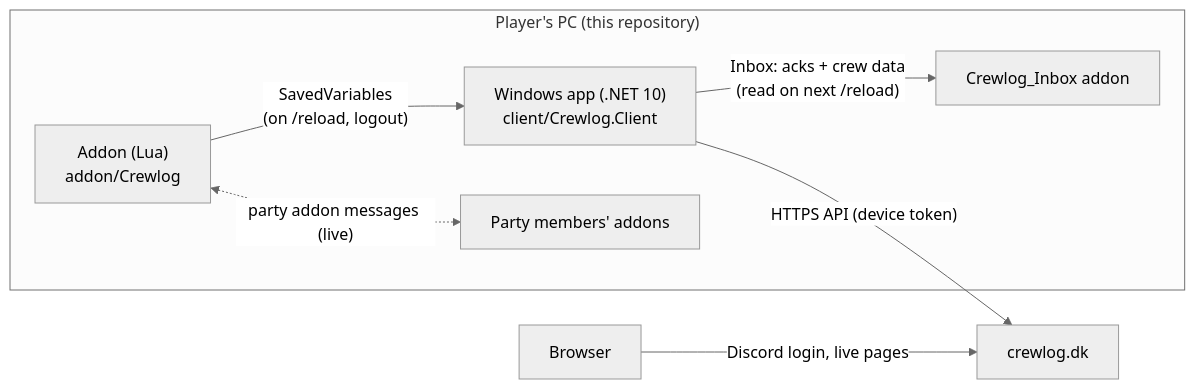
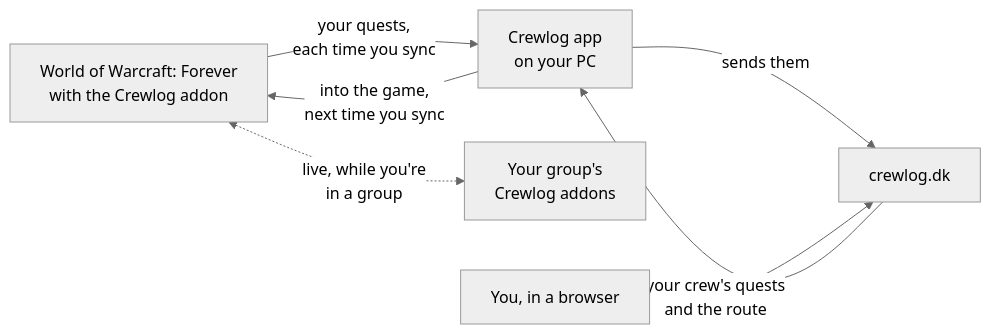
The diagram in README.md (niogtres/wow_crewlog), drawn with Mermaid (neutral theme) before and after one commit.

Commit message:
README: a plain diagram of how your quests travel between the game, the app and the website

````diff
--- a/README.md
+++ b/README.md
@@ -30,10 +30,9 @@
 ```mermaid
 flowchart LR
-  subgraph PC["Player's PC (this repository)"]
-    A["Addon (Lua)<br/>addon/Crewlog"] -- "SavedVariables<br/>(on /reload, logout)" --> C["Windows app (.NET 10)<br/>client/Crewlog.Client"]
-    C -- "Inbox: acks + crew data<br/>(read on next /reload)" --> I["Crewlog_Inbox addon"]
-    A <-. "party addon messages (live)" .-> A2["Party members' addons"]
-  end
-  C -- "HTTPS API (device token)" --> S["crewlog.dk"]
-  W["Browser"] -- "Discord login, live pages" --> S
+  G["World of Warcraft: Forever<br/>with the Crewlog addon"] -- "your quests,<br/>each time you sync" --> P["Crewlog app<br/>on your PC"]
+  P -- "sends them" --> W["crewlog.dk"]
+  W -- "your crew's quests<br/>and the route" --> P
+  P -- "into the game,<br/>next time you sync" --> G
+  G <-. "live, while you're<br/>in a group" .-> F["Your group's<br/>Crewlog addons"]
+  B["You, in a browser"] --> W
 ```
````
